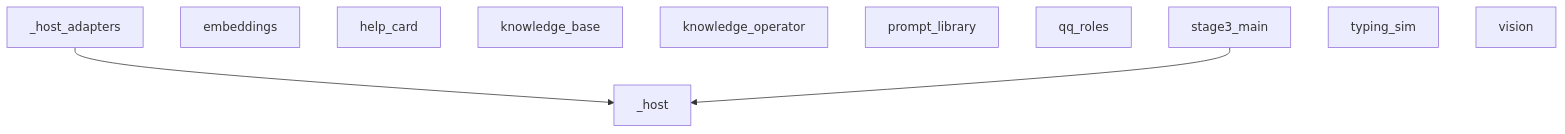
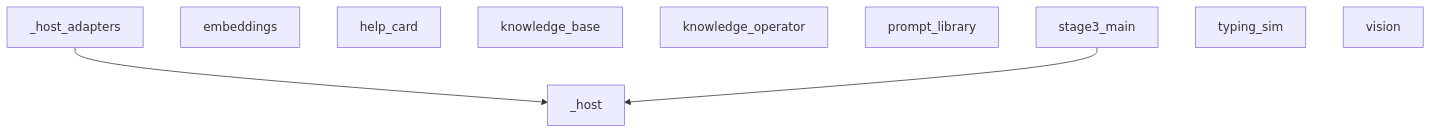
Before and after one commit to xuzhunzhi/YunRu-ChatBot: the seventh of 9 diagrams in docs/GRAPH.md, drawn with Mermaid. The commit also changed other lines of this file and 16 other files, not shown here.

````diff
--- a/docs/GRAPH.md
+++ b/docs/GRAPH.md
@@ -351,21 +351,20 @@
 ```mermaid
 flowchart TD
     n__host["_host"]
     n__host_adapters["_host_adapters"]
     n_embeddings["embeddings"]
     n_help_card["help_card"]
     n_knowledge_base["knowledge_base"]
     n_knowledge_operator["knowledge_operator"]
     n_prompt_library["prompt_library"]
-    n_qq_roles["qq_roles"]
     n_stage3_main["stage3_main"]
     n_typing_sim["typing_sim"]
     n_vision["vision"]
 
     n__host_adapters --> n__host
     n_stage3_main --> n__host
 
 classDef bottom fill:#dbe9f8,stroke:#1f5691,color:#123
 classDef stage3 fill:#def2de,stroke:#246a34,color:#132
 classDef host fill:#fce9d2,stroke:#96540f,color:#321
 ```
````
